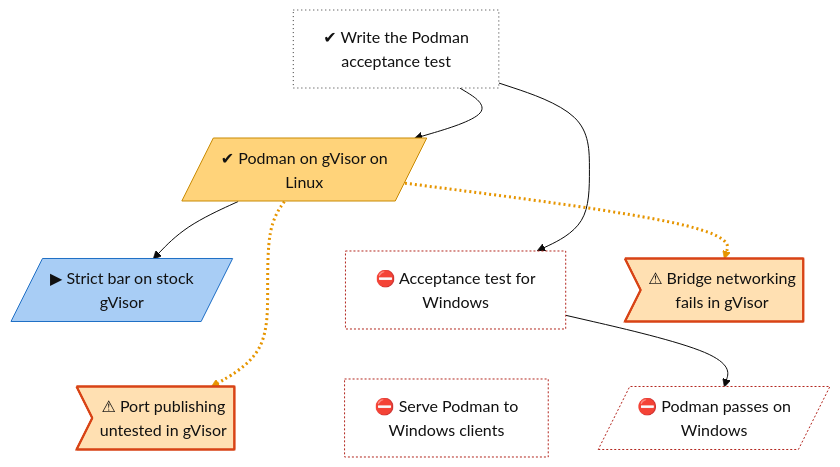
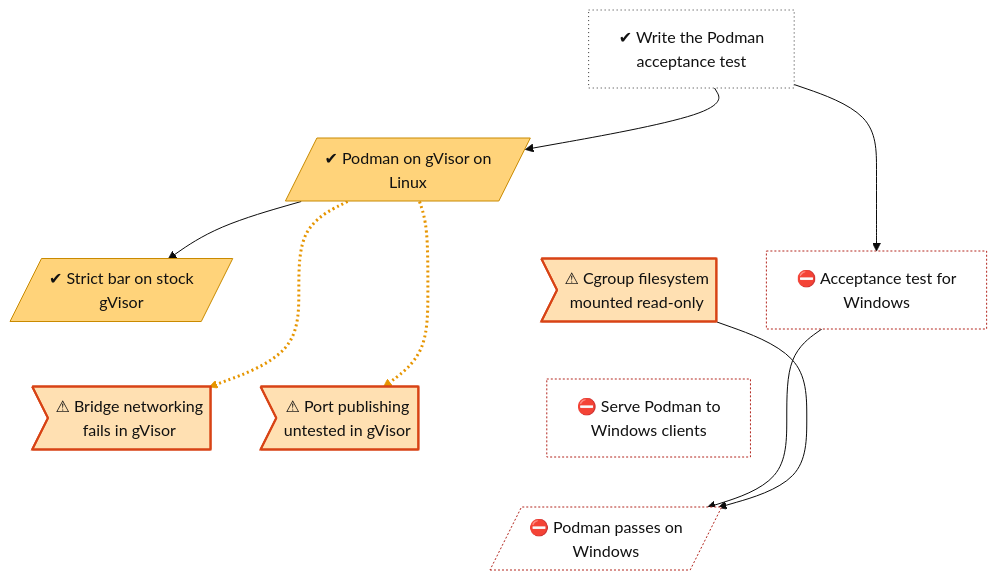
The diagram in docs/roadmap/tracks/workloads.md (lhns/gvisor-windows), drawn with Mermaid (base theme) before and after one commit. The commit also changed other lines of this file and 4 other files, not shown here.

First line of the commit message:
Record the gVisor gaps behind the strict bar

````diff
--- a/docs/roadmap/tracks/workloads.md
+++ b/docs/roadmap/tracks/workloads.md
@@ -10,44 +10,48 @@
 ```mermaid
 flowchart TB
     workloads_acceptance_test["✔ Write the Podman<br/>acceptance test"]
     workloads_podman_on_gvisor_linux[/"✔ Podman on gVisor on<br/>Linux"/]
-    workloads_strict_bar_linux[/"▶ Strict bar on stock<br/>gVisor"/]
+    workloads_strict_bar_linux[/"✔ Strict bar on stock<br/>gVisor"/]
+    workloads_gvisor_cgroupfs_readonly>"⚠ Cgroup filesystem<br/>mounted read-only"]
     workloads_acceptance_test_windows["⛔ Acceptance test for<br/>Windows"]
     workloads_gvisor_bridge_netlink>"⚠ Bridge networking<br/>fails in gVisor"]
     workloads_gvisor_port_publishing>"⚠ Port publishing<br/>untested in gVisor"]
     workloads_podman_harness["⛔ Serve Podman to<br/>Windows clients"]
     workloads_podman_on_windows[/"⛔ Podman passes on<br/>Windows"/]
     workloads_acceptance_test ~~~ workloads_podman_on_gvisor_linux
     workloads_podman_on_gvisor_linux ~~~ workloads_strict_bar_linux
+    workloads_podman_on_gvisor_linux ~~~ workloads_gvisor_cgroupfs_readonly
     workloads_podman_on_gvisor_linux ~~~ workloads_acceptance_test_windows
-    workloads_podman_on_gvisor_linux ~~~ workloads_gvisor_bridge_netlink
-    workloads_strict_bar_linux ~~~ workloads_gvisor_port_publishing
+    workloads_strict_bar_linux ~~~ workloads_gvisor_bridge_netlink
+    workloads_gvisor_cgroupfs_readonly ~~~ workloads_gvisor_port_publishing
     workloads_acceptance_test_windows ~~~ workloads_podman_harness
     workloads_gvisor_bridge_netlink ~~~ workloads_podman_on_windows
+    workloads_gvisor_port_publishing ~~~ workloads_podman_on_windows
+    workloads_podman_harness ~~~ workloads_podman_on_windows
     workloads_acceptance_test --> workloads_podman_on_gvisor_linux
     workloads_podman_on_gvisor_linux -.-> workloads_gvisor_bridge_netlink
     workloads_podman_on_gvisor_linux -.-> workloads_gvisor_port_publishing
     workloads_podman_on_gvisor_linux --> workloads_strict_bar_linux
     workloads_acceptance_test --> workloads_acceptance_test_windows
     workloads_acceptance_test_windows --> workloads_podman_on_windows
-    linkStyle 8,9 stroke:#e69500,stroke-width:3px,stroke-dasharray:2 3
+    workloads_gvisor_cgroupfs_readonly --> workloads_podman_on_windows
+    linkStyle 11,12 stroke:#e69500,stroke-width:3px,stroke-dasharray:2 3
     classDef vsucc fill:#2e9e4f,stroke:#1b6b34,color:#fff
     classDef succ fill:#bfe8c8,stroke:#2e9e4f,color:#111
     classDef mixed fill:#ffd37a,stroke:#c98a00,color:#111
     classDef bad fill:#f28b82,stroke:#b3261e,color:#111
     classDef dead fill:#e6e6e6,stroke:#777,stroke-dasharray:5 5,color:#555
     classDef inprog fill:#a8cdf5,stroke:#1f6fc5,color:#111
     classDef next fill:#fff,stroke:#333,color:#111
     classDef blocked fill:#fff,stroke:#b3261e,stroke-dasharray:2 2,color:#111
     classDef parked fill:#f3f3f3,stroke:#999,color:#555
     classDef unrated fill:#fff,stroke:#333,stroke-dasharray:1 3,color:#111
     classDef gate fill:#d9c2f0,stroke:#7b3fb5,color:#111
     classDef decided fill:#ece0f7,stroke:#7b3fb5,stroke-dasharray:2 2,color:#111
     classDef finding fill:#ffe0b2,stroke:#d84315,stroke-width:2px,color:#111
     classDef waiting fill:#e3f2fd,stroke:#1f6fc5,stroke-dasharray:5 5,color:#111
     class workloads_acceptance_test unrated
-    class workloads_podman_on_gvisor_linux mixed
-    class workloads_strict_bar_linux inprog
+    class workloads_podman_on_gvisor_linux,workloads_strict_bar_linux mixed
+    class workloads_gvisor_cgroupfs_readonly,workloads_gvisor_bridge_netlink,workloads_gvisor_port_publishing finding
     class workloads_acceptance_test_windows,workloads_podman_harness,workloads_podman_on_windows blocked
-    class workloads_gvisor_bridge_netlink,workloads_gvisor_port_publishing finding
 ```
````
